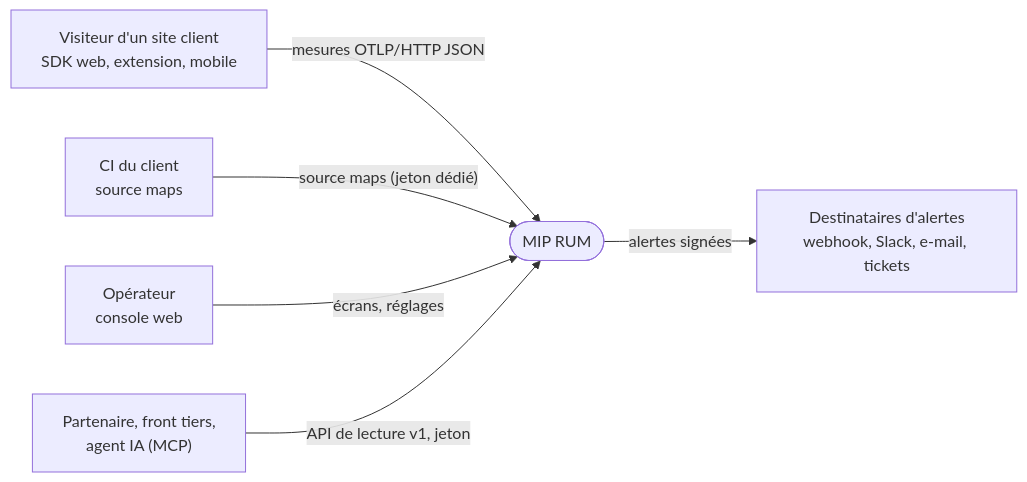
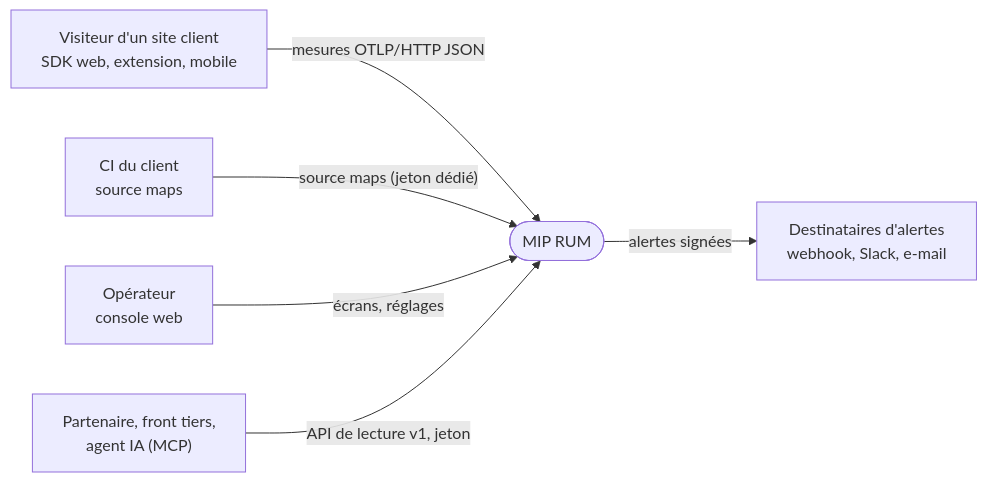
The first of 2 diagrams in docs/architecture/overview.md (jt33120/poc-MIP_RUM), drawn with Mermaid before and after one commit. The commit also changed other lines of this file and 13 other files, not shown here.

````diff
--- a/docs/architecture/overview.md
+++ b/docs/architecture/overview.md
@@ -24,14 +24,14 @@
 ```mermaid
 flowchart LR
   visiteur["Visiteur d'un site client<br/>SDK web, extension, mobile"]
   ci["CI du client<br/>source maps"]
   operateur["Opérateur<br/>console web"]
   machine["Partenaire, front tiers,<br/>agent IA (MCP)"]
-  destinataire["Destinataires d'alertes<br/>webhook, Slack, e-mail, tickets"]
+  destinataire["Destinataires d'alertes<br/>webhook, Slack, e-mail"]
   mip(["MIP RUM"])
   visiteur -->|"mesures OTLP/HTTP JSON"| mip
   ci -->|"source maps (jeton dédié)"| mip
   operateur -->|"écrans, réglages"| mip
   machine -->|"API de lecture v1, jeton"| mip
   mip -->|"alertes signées"| destinataire
 ```
````
